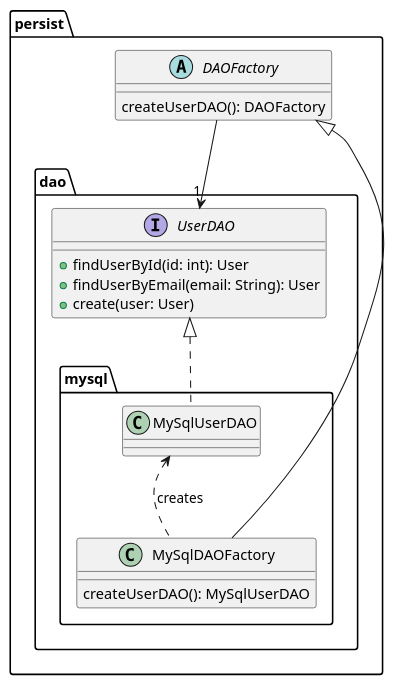
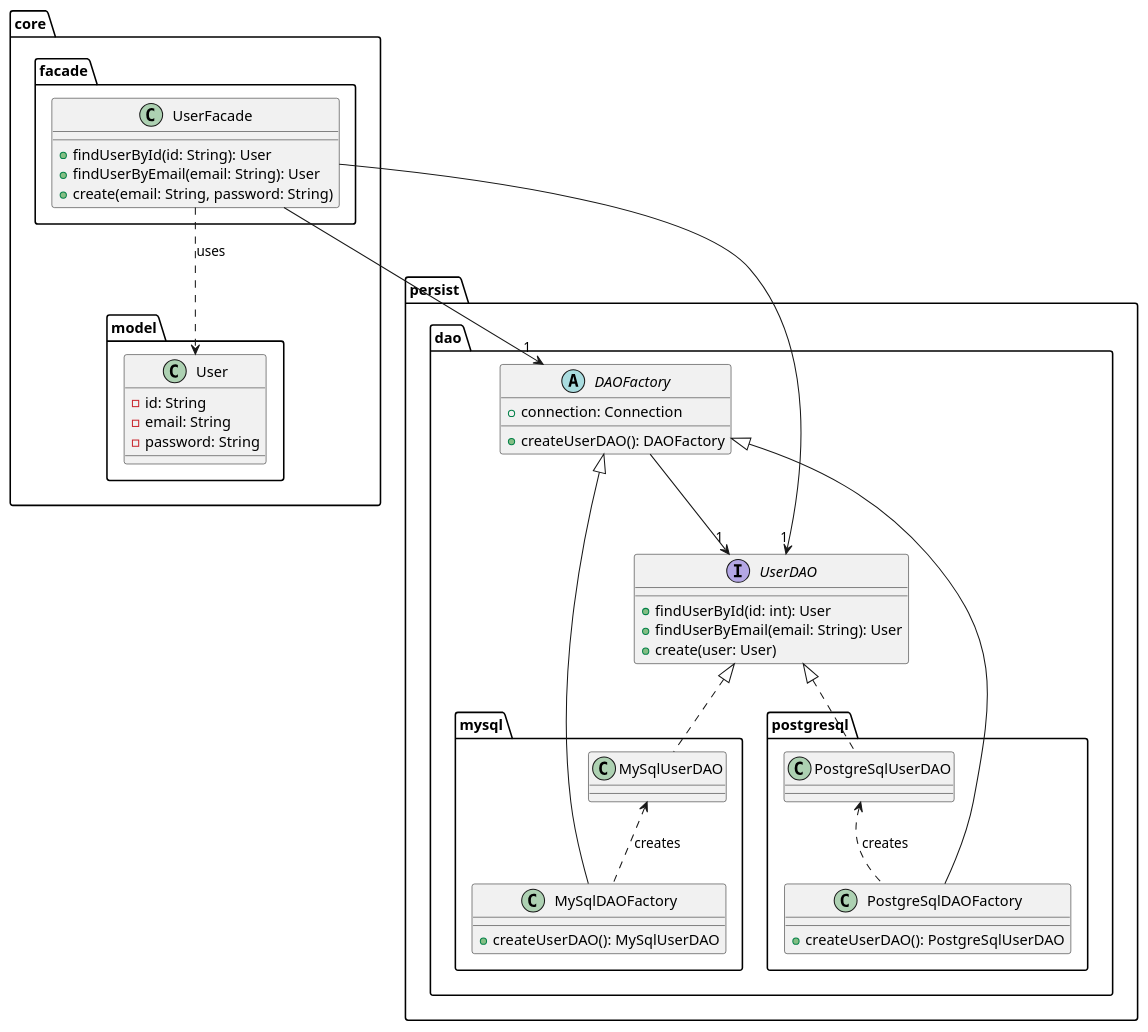
One commit to Julien-Wiegandt/ToDo_JEE changed the diagram in documentation/software_design/login/login_class_diagram.puml. Above: the diagram before and after it, drawn with PlantUML. The commit also changed 3 other files, not shown here.

Commit message:
class diagrams in process

```diff
--- a/documentation/software_design/login/login_class_diagram.puml
+++ b/documentation/software_design/login/login_class_diagram.puml
@@ -1,29 +1,65 @@
 @startuml
 
 package persist{
-    abstract class DAOFactory{
-        createUserDAO(): DAOFactory
-    }
     package dao{
+        abstract class DAOFactory{
+            + connection: Connection
+            + createUserDAO(): DAOFactory
+        }
         interface UserDAO{
             + findUserById(id: int): User
             + findUserByEmail(email: String): User
             + create(user: User)
         }
         package mysql{
             class MySqlDAOFactory{
-                createUserDAO(): MySqlUserDAO
+                + createUserDAO(): MySqlUserDAO
             }
             class MySqlUserDAO{
+
+            }
+        }
+        package postgresql{
+            class PostgreSqlDAOFactory{
+                + createUserDAO(): PostgreSqlUserDAO
+            }
+            class PostgreSqlUserDAO{
 
             }
         }
     }
 }
 
+package core{
+    package facade{
+        class UserFacade{
+            + findUserById(id: String): User
+            + findUserByEmail(email: String): User
+            + create(email: String, password: String)
+        }
+    }
+    package model{
+        class User{
+            - id: String
+            - email: String
+            - password: String
+        }
+    }
+}
+
 DAOFactory <|-- MySqlDAOFactory
+DAOFactory <|-- PostgreSqlDAOFactory
+
 DAOFactory --> "1" UserDAO
 UserDAO <|.. MySqlUserDAO
+
 MySqlUserDAO <.. MySqlDAOFactory: creates
+UserDAO <|.. PostgreSqlUserDAO
+
+PostgreSqlUserDAO <.. PostgreSqlDAOFactory: creates
+
+UserFacade ..> User: uses
+UserFacade --> "1" DAOFactory
+UserFacade --> "1" UserDAO
 
 @enduml
```
